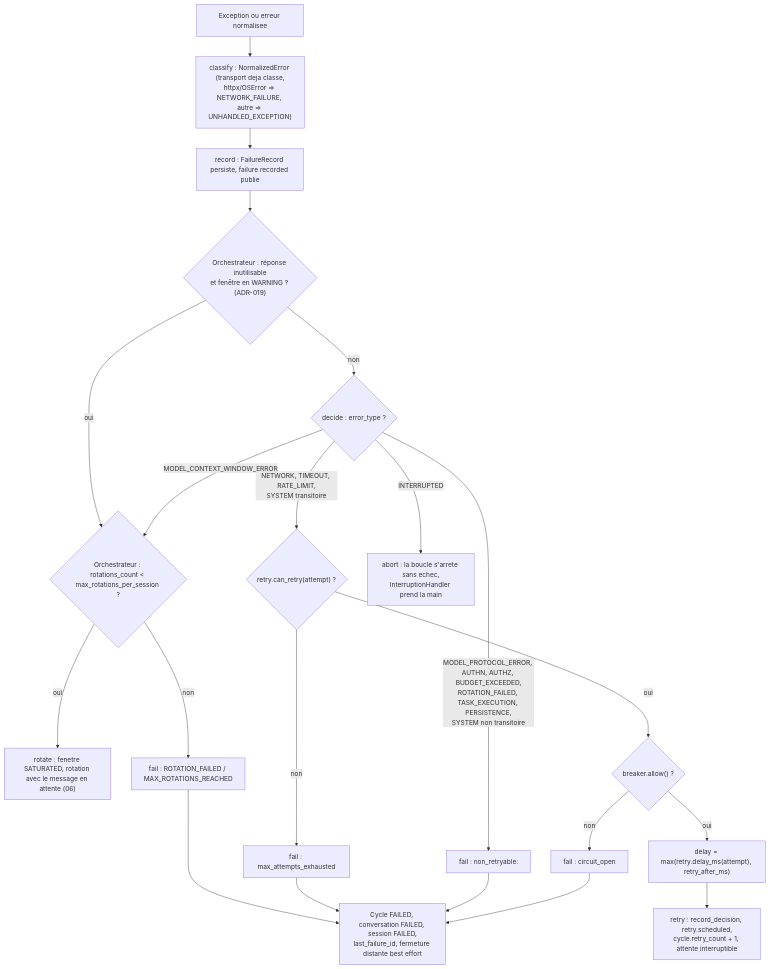
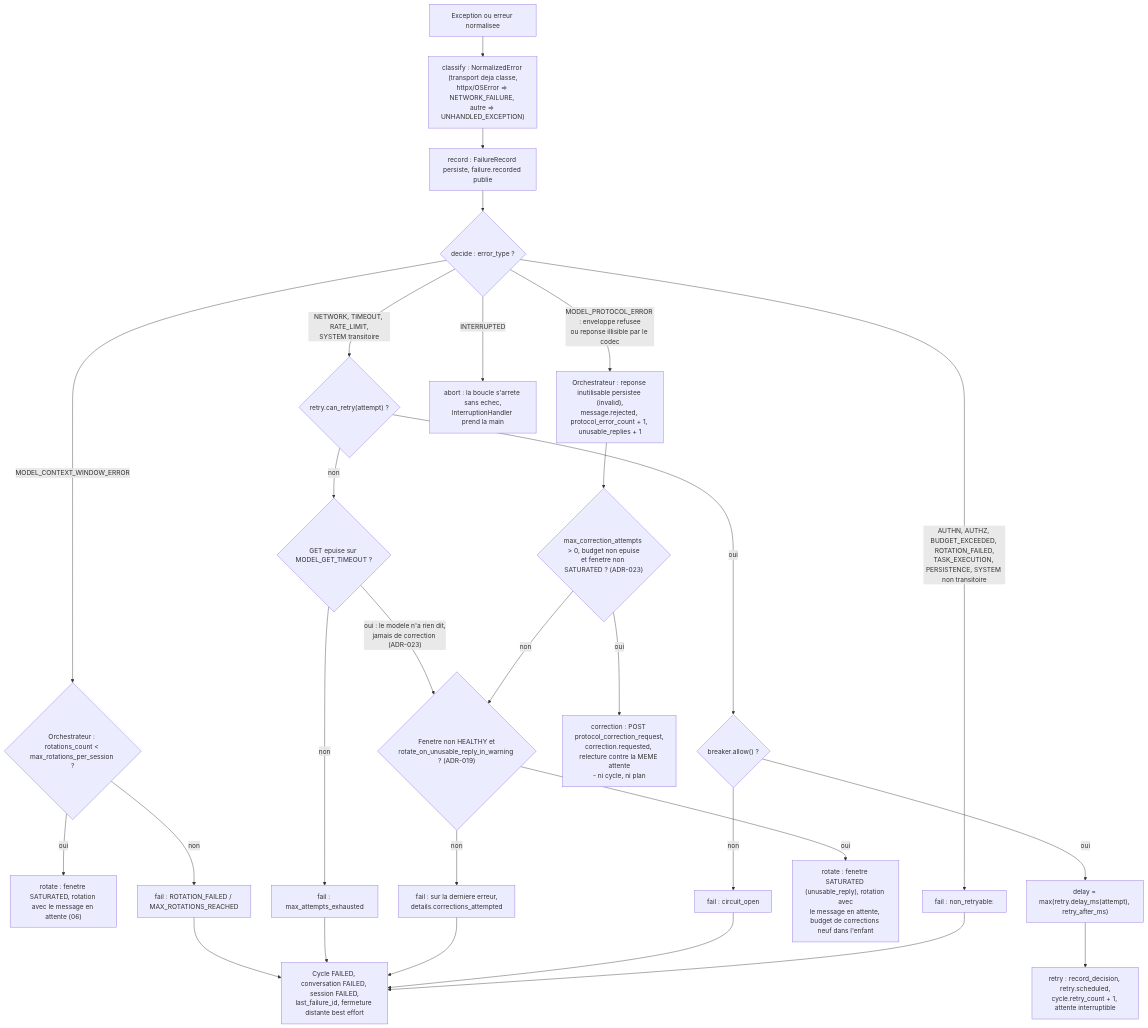
One commit to moabidi91/agentic-local-app changed the fourth of 7 diagrams in docs/architecture/05-transport-and-failures.md. Above: the diagram before and after it, drawn with Mermaid. The commit also changed other lines of this file and 45 other files, not shown here.

````diff
--- a/docs/architecture/05-transport-and-failures.md
+++ b/docs/architecture/05-transport-and-failures.md
@@ -250,20 +251,26 @@
 ```mermaid
 flowchart TD
     E["Exception ou erreur normalisee"] --> CL["classify : NormalizedError (transport deja classe,<br/>httpx/OSError => NETWORK_FAILURE, autre => UNHANDLED_EXCEPTION)"]
     CL --> REC["record : FailureRecord persiste, failure.recorded publie"]
-    REC --> PRE{"Orchestrateur : réponse inutilisable<br/>et fenêtre en WARNING ? (ADR-019)"}
-    PRE -- oui --> ROT
-    PRE -- non --> T{"decide : error_type ?"}
+    REC --> T{"decide : error_type ?"}
     T -- "MODEL_CONTEXT_WINDOW_ERROR" --> ROT{"Orchestrateur : rotations_count < max_rotations_per_session ?"}
     ROT -- oui --> DR["rotate : fenetre SATURATED, rotation avec le message en attente (06)"]
     ROT -- non --> DF1["fail : ROTATION_FAILED / MAX_ROTATIONS_REACHED"]
     T -- "NETWORK, TIMEOUT, RATE_LIMIT,<br/>SYSTEM transitoire" --> ATT{"retry.can_retry(attempt) ?"}
-    ATT -- non --> DF2["fail : max_attempts_exhausted"]
     ATT -- oui --> BRK{"breaker.allow() ?"}
     BRK -- non --> DF4["fail : circuit_open"]
     BRK -- oui --> DELAY["delay = max(retry.delay_ms(attempt), retry_after_ms)"]
     DELAY --> DRT["retry : record_decision, retry.scheduled,<br/>cycle.retry_count + 1, attente interruptible"]
+    ATT -- non --> EXH{"GET epuise sur MODEL_GET_TIMEOUT ?"}
+    EXH -- non --> DF2["fail : max_attempts_exhausted"]
+    EXH -- "oui : le modele n'a rien dit,<br/>jamais de correction (ADR-023)" --> PRE
+    T -- "MODEL_PROTOCOL_ERROR : enveloppe refusee<br/>ou reponse illisible par le codec" --> UNU["Orchestrateur : reponse inutilisable persistee (invalid),<br/>message.rejected, protocol_error_count + 1, unusable_replies + 1"]
+    UNU --> COR{"max_correction_attempts > 0, budget non epuise<br/>et fenetre non SATURATED ? (ADR-023)"}
+    COR -- oui --> DC["correction : POST protocol_correction_request,<br/>correction.requested, relecture contre la MEME attente<br/>- ni cycle, ni plan"]
+    COR -- non --> PRE{"Fenetre non HEALTHY et<br/>rotate_on_unusable_reply_in_warning ? (ADR-019)"}
+    PRE -- oui --> ROTU["rotate : fenetre SATURATED (unusable_reply), rotation avec<br/>le message en attente, budget de corrections neuf dans l'enfant"]
+    PRE -- non --> DF3["fail : sur la derniere erreur,<br/>details.corrections_attempted"]
     T -- "INTERRUPTED" --> DA["abort : la boucle s'arrete sans echec,<br/>InterruptionHandler prend la main"]
-    T -- "MODEL_PROTOCOL_ERROR, AUTHN, AUTHZ, BUDGET_EXCEEDED,<br/>ROTATION_FAILED, TASK_EXECUTION, PERSISTENCE,<br/>SYSTEM non transitoire" --> DF3["fail : non_retryable:<error_type>"]
-    DF1 & DF2 & DF3 & DF4 --> FAIL["Cycle FAILED, conversation FAILED, session FAILED,<br/>last_failure_id, fermeture distante best effort"]
+    T -- "AUTHN, AUTHZ, BUDGET_EXCEEDED, ROTATION_FAILED,<br/>TASK_EXECUTION, PERSISTENCE, SYSTEM non transitoire" --> DF5["fail : non_retryable:<error_type>"]
+    DF1 & DF2 & DF3 & DF4 & DF5 --> FAIL["Cycle FAILED, conversation FAILED, session FAILED,<br/>last_failure_id, fermeture distante best effort"]
 ```
````
